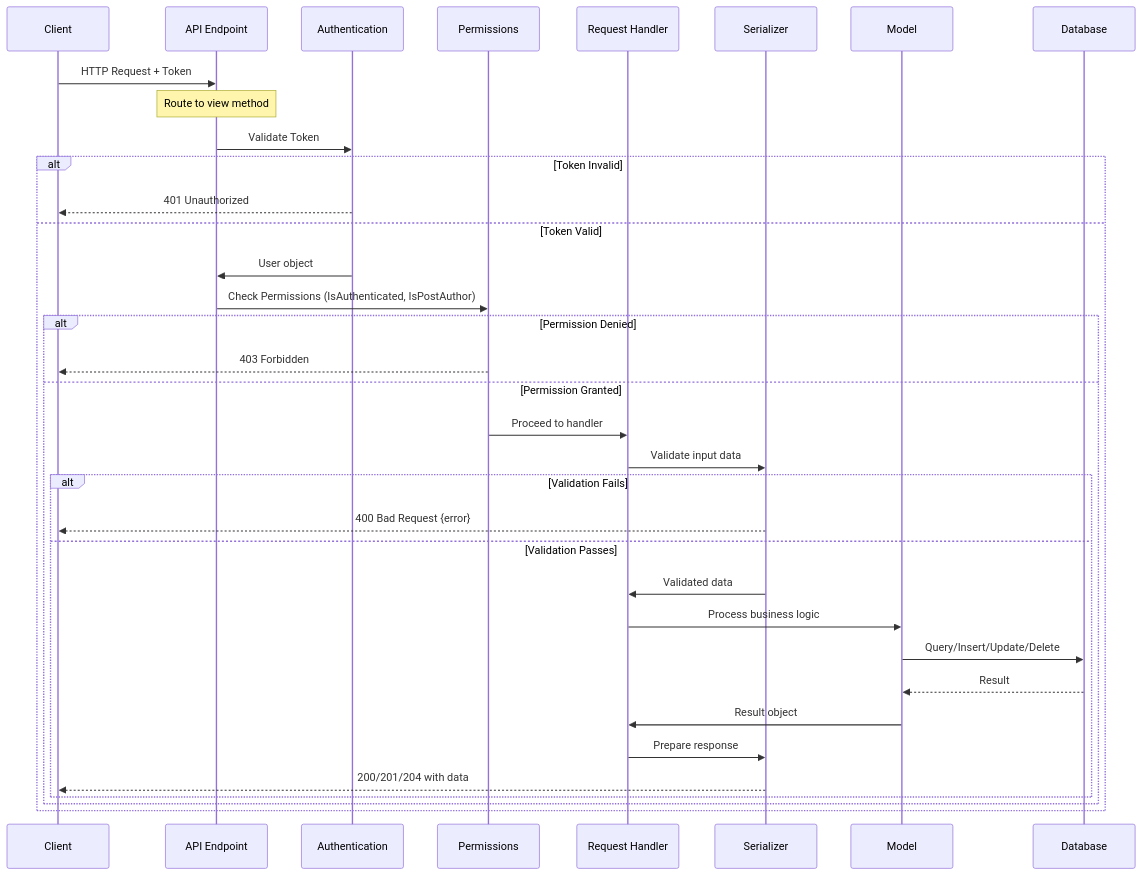
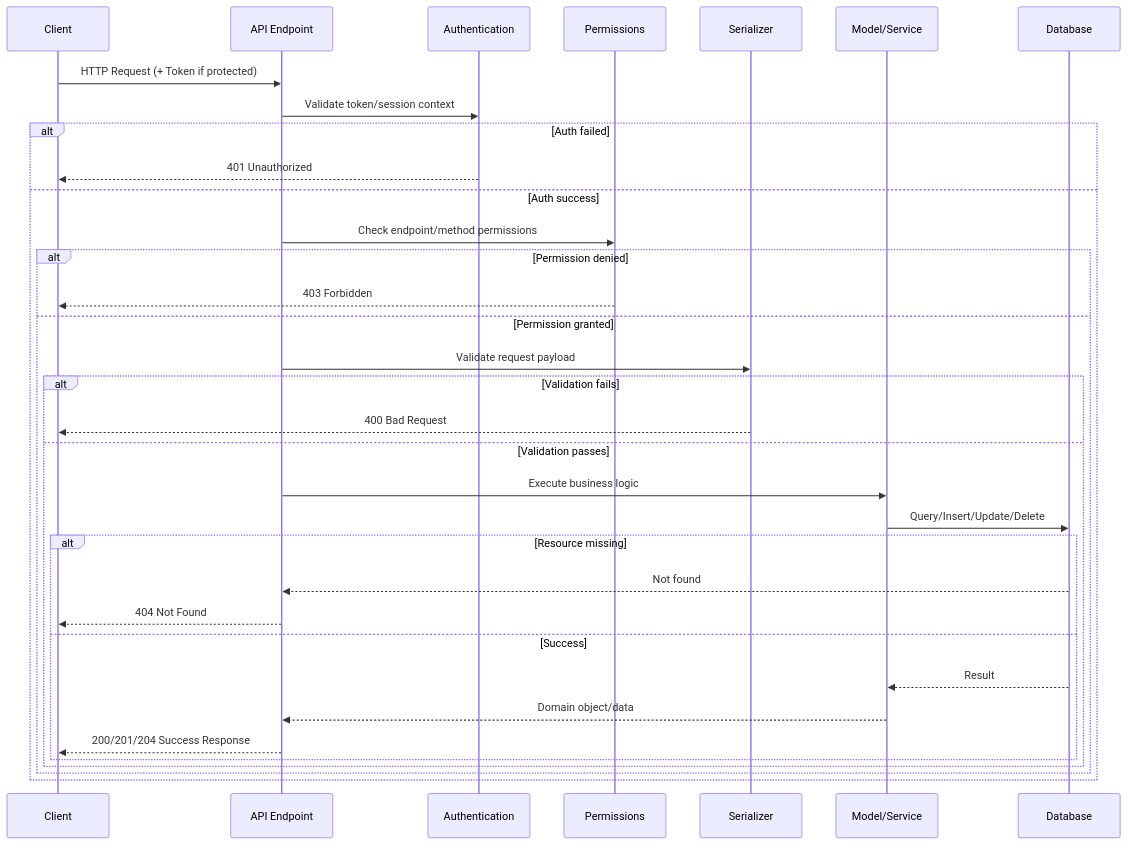
Before and after one commit to ShakiraCasusi/Connectly: the fourth of 5 diagrams in README.md, drawn with Mermaid. The commit also changed other lines of this file, not shown here.

````diff
--- a/README.md
+++ b/README.md
@@ -233,41 +296,41 @@
 ```mermaid
 sequenceDiagram
     participant Client as Client
     participant Endpoint as API Endpoint
     participant Auth as Authentication
     participant Perms as Permissions
-    participant Handler as Request Handler
     participant Serializer as Serializer
-    participant Model as Model
+    participant Model as Model/Service
     participant DB as Database
 
-    Client->>Endpoint: HTTP Request + Token
-    Note over Endpoint: Route to view method
+    Client->>Endpoint: HTTP Request (+ Token if protected)
+    Endpoint->>Auth: Validate token/session context
 
-    Endpoint->>Auth: Validate Token
-    alt Token Invalid
+    alt Auth failed
         Auth-->>Client: 401 Unauthorized
-    else Token Valid
-        Auth->>Endpoint: User object
-        Endpoint->>Perms: Check Permissions (IsAuthenticated, IsPostAuthor)
-        
-        alt Permission Denied
+    else Auth success
+        Endpoint->>Perms: Check endpoint/method permissions
+
+        alt Permission denied
             Perms-->>Client: 403 Forbidden
-        else Permission Granted
-            Perms->>Handler: Proceed to handler
-            Handler->>Serializer: Validate input data
-            
-            alt Validation Fails
-                Serializer-->>Client: 400 Bad Request {error}
-            else Validation Passes
-                Serializer->>Handler: Validated data
-                Handler->>Model: Process business logic
+        else Permission granted
+            Endpoint->>Serializer: Validate request payload
+
+            alt Validation fails
+                Serializer-->>Client: 400 Bad Request
+            else Validation passes
+                Endpoint->>Model: Execute business logic
                 Model->>DB: Query/Insert/Update/Delete
-                DB-->>Model: Result
-                Model->>Handler: Result object
-                Handler->>Serializer: Prepare response
-                Serializer-->>Client: 200/201/204 with data
+
+                alt Resource missing
+                    DB-->>Endpoint: Not found
+                    Endpoint-->>Client: 404 Not Found
+                else Success
+                    DB-->>Model: Result
+                    Model-->>Endpoint: Domain object/data
+                    Endpoint-->>Client: 200/201/204 Success Response
+                end
             end
         end
     end
 ```
````
